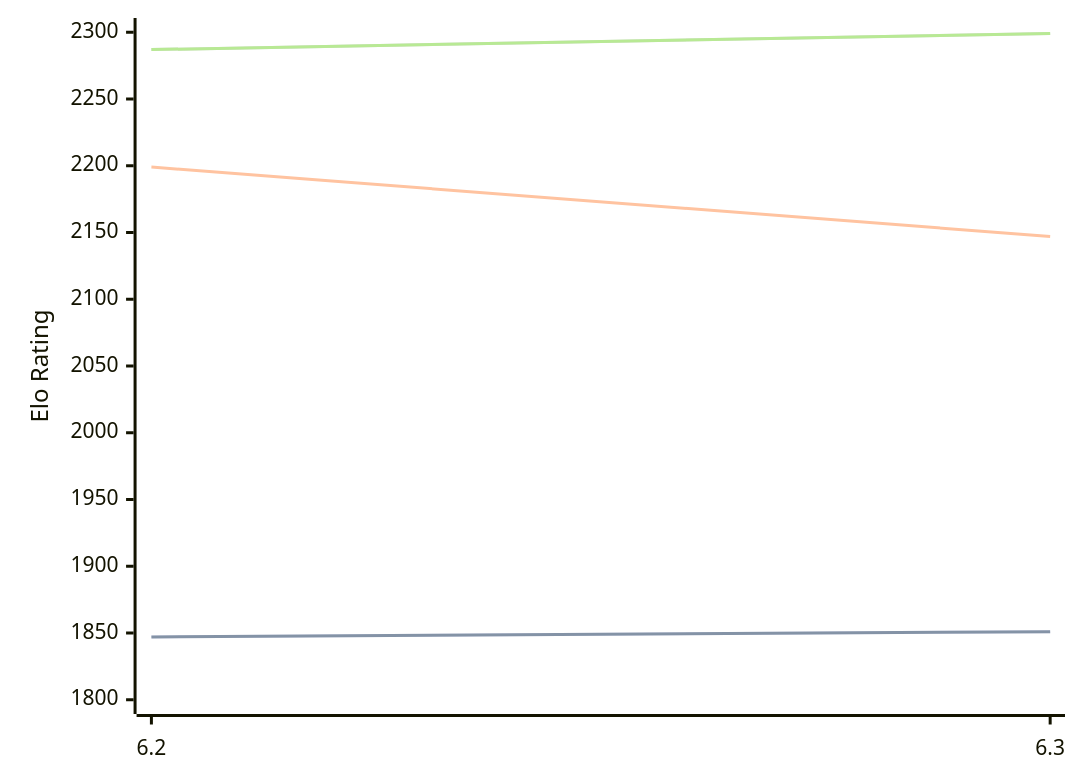
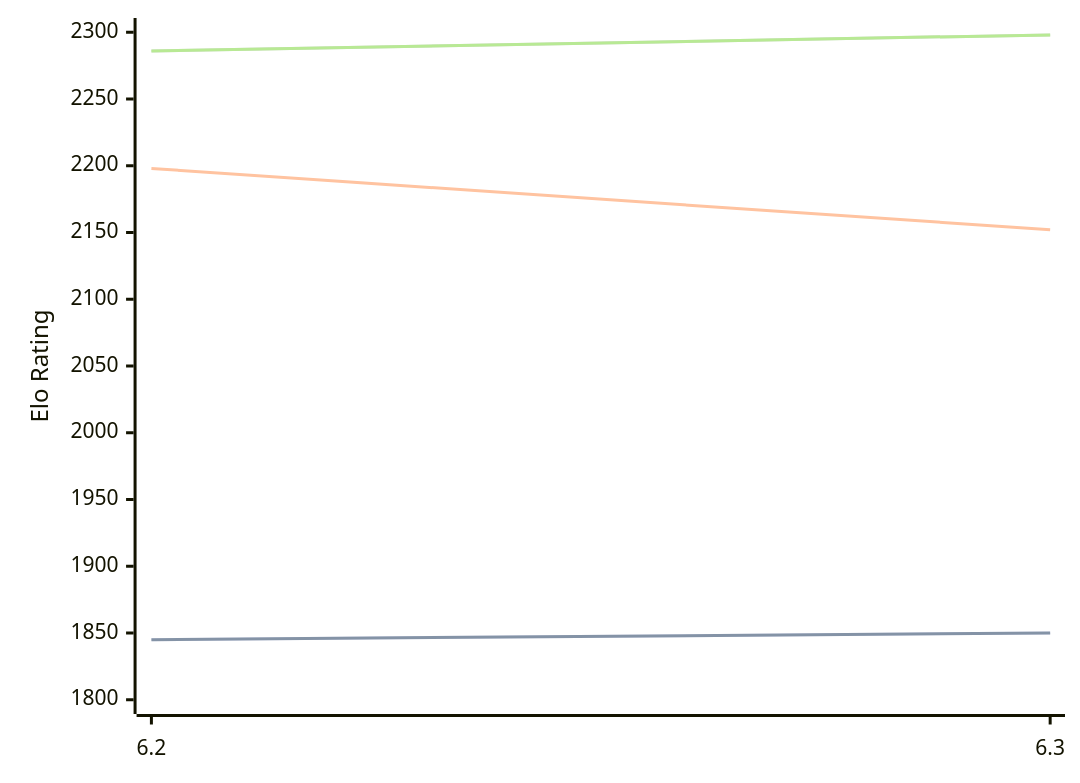
The third of 3 diagrams in engines/chess4j.md (computer-chess-index/cci), drawn with Mermaid before and after one commit. The commit also changed other lines of this file, not shown here.

Commit message:
Update CCI Ratings (ELO VLTC) - 2026-06-27

````diff
--- a/engines/chess4j.md
+++ b/engines/chess4j.md
@@ -71,11 +71,11 @@
 ```mermaid
 %%{init: {"theme":"base","themeVariables":{"seriesColors:['#a3a3a3','#222221','#faa371']}}}%%
 xychart-beta
   x-axis ["6.2", "6.3"]
   y-axis "Elo Rating" 1800 --> 2300
-  line "STC (8.0+0.08s)" [1847, 1851]
-  line "STC (8.0+0.08s)" [1847, 1851]
-  line "LTC (60.0+0.60s)" [2199, 2147]
-  line "VLTC (2m24s+1.12s)" [2287, 2299]
-  line "VLTC (2m24s+1.12s)" [2287, 2299]
+  line "STC (8.0+0.08s)" [1845, 1850]
+  line "STC (8.0+0.08s)" [1845, 1850]
+  line "LTC (60.0+0.60s)" [2198, 2152]
+  line "VLTC (2m24s+1.12s)" [2286, 2298]
+  line "VLTC (2m24s+1.12s)" [2286, 2298]
 ```
````
